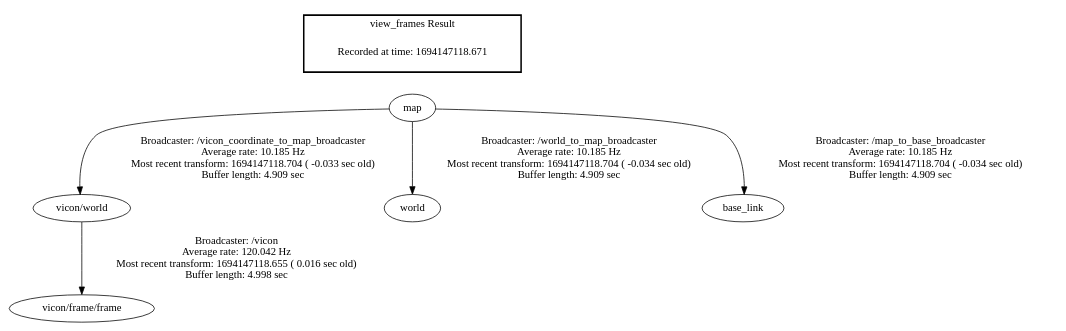
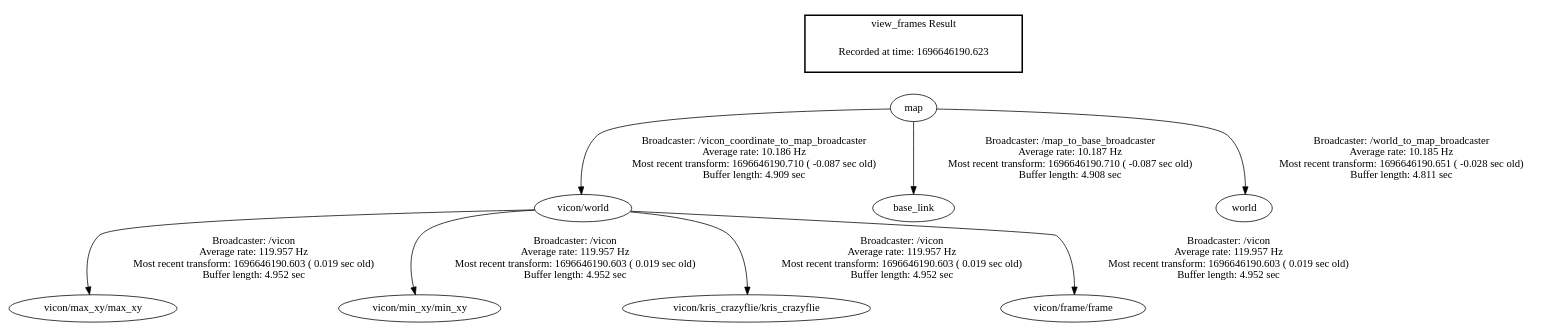
One commit to KrissyDong/crazyflie_control changed the diagram in frames.gv. Above: the diagram before and after it, drawn with Graphviz. The commit also changed 2 other files, not shown here.

```diff
--- a/frames.gv
+++ b/frames.gv
@@ -1,10 +1,13 @@
 digraph G {
-"vicon/world" -> "vicon/frame/frame"[label="Broadcaster: /vicon\nAverage rate: 120.042 Hz\nMost recent transform: 1694147118.655 ( 0.016 sec old)\nBuffer length: 4.998 sec\n"];
-"map" -> "vicon/world"[label="Broadcaster: /vicon_coordinate_to_map_broadcaster\nAverage rate: 10.185 Hz\nMost recent transform: 1694147118.704 ( -0.033 sec old)\nBuffer length: 4.909 sec\n"];
-"map" -> "world"[label="Broadcaster: /world_to_map_broadcaster\nAverage rate: 10.185 Hz\nMost recent transform: 1694147118.704 ( -0.034 sec old)\nBuffer length: 4.909 sec\n"];
-"map" -> "base_link"[label="Broadcaster: /map_to_base_broadcaster\nAverage rate: 10.185 Hz\nMost recent transform: 1694147118.704 ( -0.034 sec old)\nBuffer length: 4.909 sec\n"];
+"vicon/world" -> "vicon/max_xy/max_xy"[label="Broadcaster: /vicon\nAverage rate: 119.957 Hz\nMost recent transform: 1696646190.603 ( 0.019 sec old)\nBuffer length: 4.952 sec\n"];
+"map" -> "vicon/world"[label="Broadcaster: /vicon_coordinate_to_map_broadcaster\nAverage rate: 10.186 Hz\nMost recent transform: 1696646190.710 ( -0.087 sec old)\nBuffer length: 4.909 sec\n"];
+"vicon/world" -> "vicon/min_xy/min_xy"[label="Broadcaster: /vicon\nAverage rate: 119.957 Hz\nMost recent transform: 1696646190.603 ( 0.019 sec old)\nBuffer length: 4.952 sec\n"];
+"vicon/world" -> "vicon/kris_crazyflie/kris_crazyflie"[label="Broadcaster: /vicon\nAverage rate: 119.957 Hz\nMost recent transform: 1696646190.603 ( 0.019 sec old)\nBuffer length: 4.952 sec\n"];
+"vicon/world" -> "vicon/frame/frame"[label="Broadcaster: /vicon\nAverage rate: 119.957 Hz\nMost recent transform: 1696646190.603 ( 0.019 sec old)\nBuffer length: 4.952 sec\n"];
+"map" -> "base_link"[label="Broadcaster: /map_to_base_broadcaster\nAverage rate: 10.187 Hz\nMost recent transform: 1696646190.710 ( -0.087 sec old)\nBuffer length: 4.908 sec\n"];
+"map" -> "world"[label="Broadcaster: /world_to_map_broadcaster\nAverage rate: 10.185 Hz\nMost recent transform: 1696646190.651 ( -0.028 sec old)\nBuffer length: 4.811 sec\n"];
 edge [style=invis];
  subgraph cluster_legend { style=bold; color=black; label ="view_frames Result";
-"Recorded at time: 1694147118.671"[ shape=plaintext ] ;
+"Recorded at time: 1696646190.623"[ shape=plaintext ] ;
  }->"map";
 }
```
